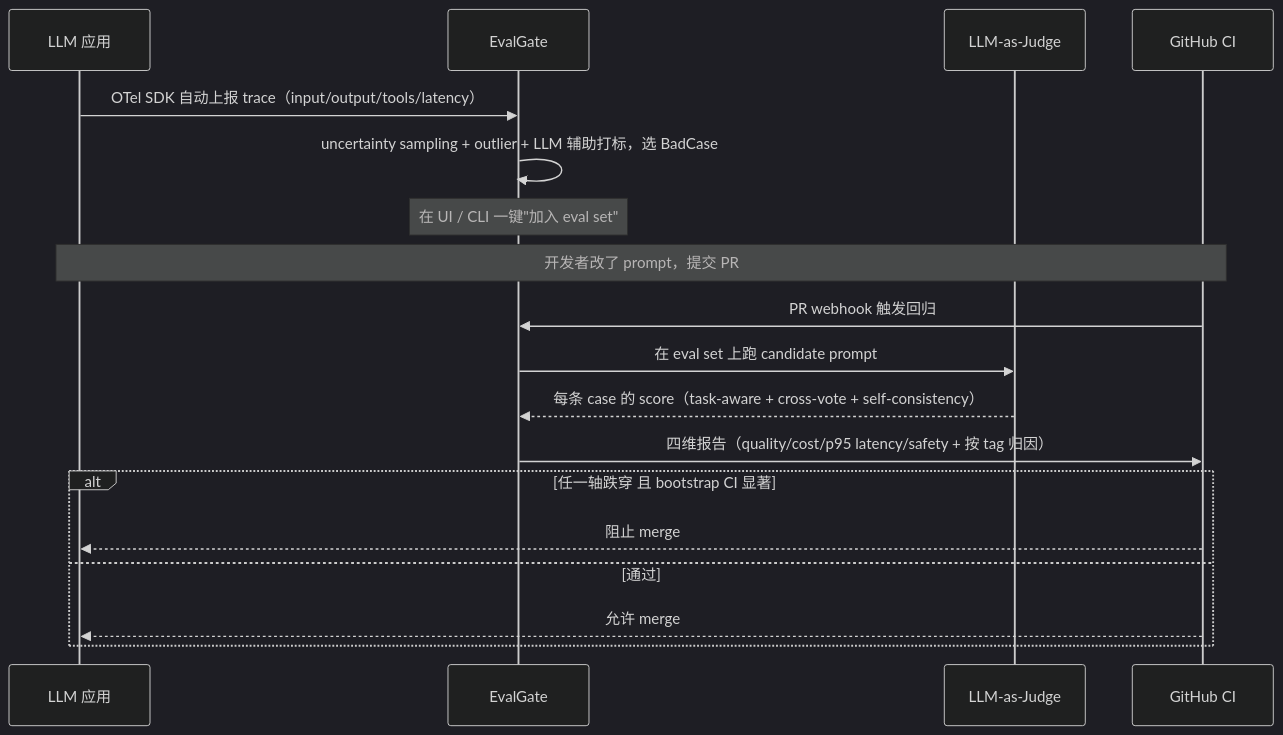
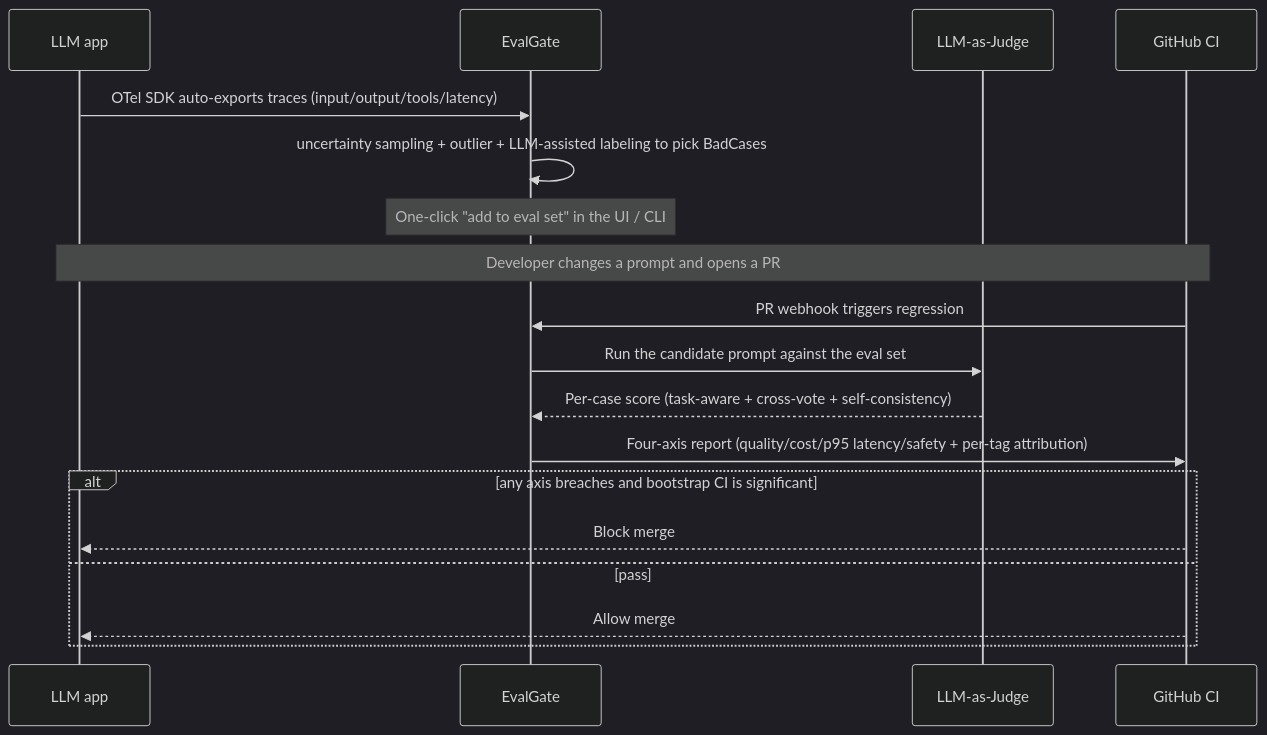
One commit to AndyUneducated/eval-gate changed the fourth of 7 diagrams in README.md. Above: the diagram before and after it, drawn with Mermaid (dark theme). The commit also changed other lines of this file and 22 other files, not shown here.

````diff
--- a/README.md
+++ b/README.md
@@ -185,22 +185,22 @@
 ```mermaid
 sequenceDiagram
-    participant App as LLM 应用
+    participant App as LLM app
     participant EG as EvalGate
     participant Judge as LLM-as-Judge
     participant CI as GitHub CI
 
-    App->>EG: OTel SDK 自动上报 trace（input/output/tools/latency）
-    EG->>EG: uncertainty sampling + outlier + LLM 辅助打标，选 BadCase
-    Note over EG: 在 UI / CLI 一键"加入 eval set"
+    App->>EG: OTel SDK auto-exports traces (input/output/tools/latency)
+    EG->>EG: uncertainty sampling + outlier + LLM-assisted labeling to pick BadCases
+    Note over EG: One-click "add to eval set" in the UI / CLI
 
-    Note over App,CI: 开发者改了 prompt，提交 PR
-    CI->>EG: PR webhook 触发回归
-    EG->>Judge: 在 eval set 上跑 candidate prompt
-    Judge-->>EG: 每条 case 的 score（task-aware + cross-vote + self-consistency）
-    EG->>CI: 四维报告（quality/cost/p95 latency/safety + 按 tag 归因）
-    alt 任一轴跌穿 且 bootstrap CI 显著
-        CI-->>App: 阻止 merge
-    else 通过
-        CI-->>App: 允许 merge
+    Note over App,CI: Developer changes a prompt and opens a PR
+    CI->>EG: PR webhook triggers regression
+    EG->>Judge: Run the candidate prompt against the eval set
+    Judge-->>EG: Per-case score (task-aware + cross-vote + self-consistency)
+    EG->>CI: Four-axis report (quality/cost/p95 latency/safety + per-tag attribution)
+    alt any axis breaches and bootstrap CI is significant
+        CI-->>App: Block merge
+    else pass
+        CI-->>App: Allow merge
     end
 ```
````
